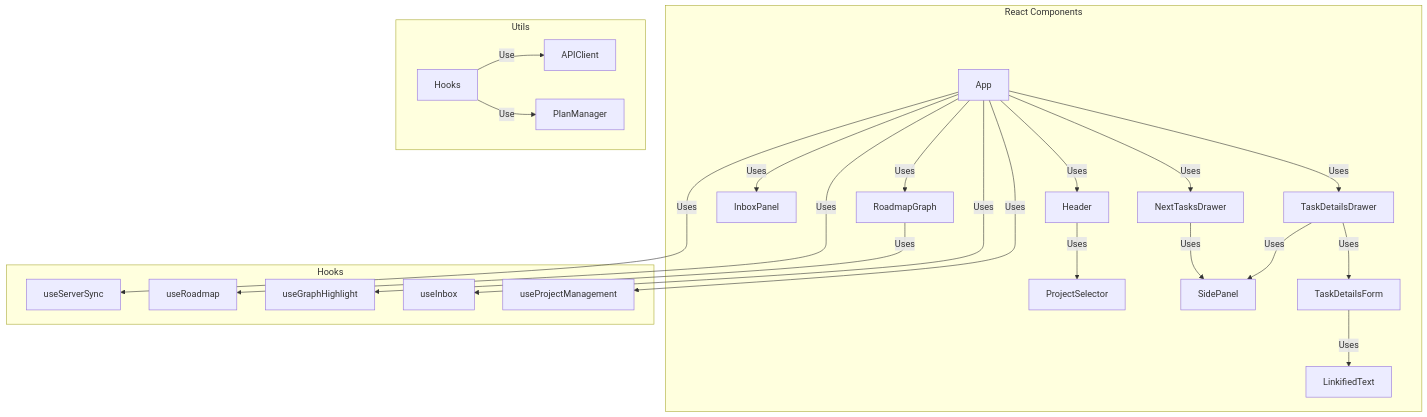
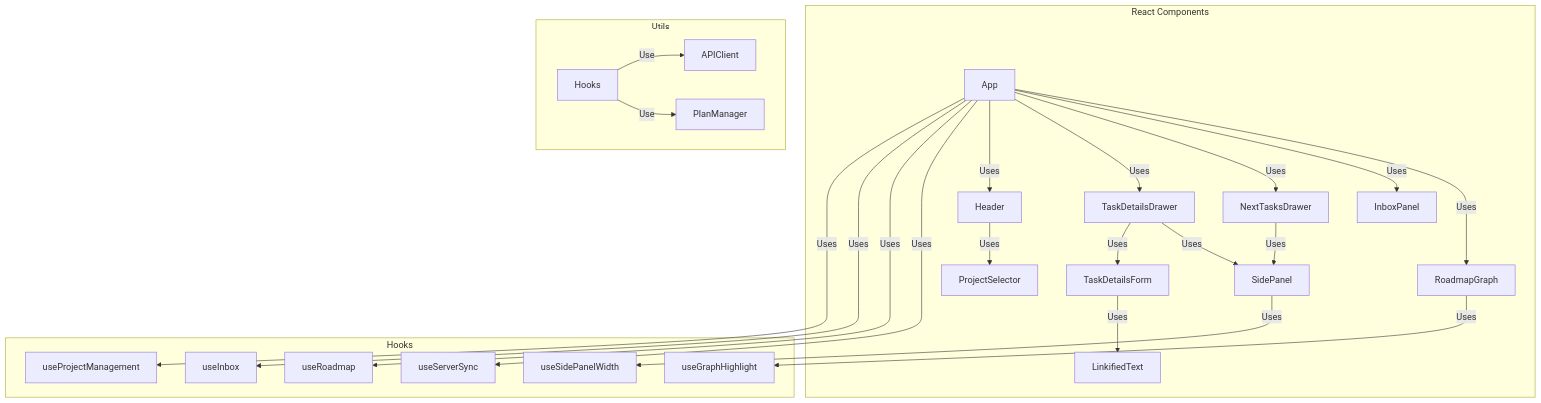
Before and after one commit to tantinlala/blossom-mcp: the diagram in docs/architecture/frontend.md, drawn with Mermaid. The commit also changed other lines of this file and 5 other files, not shown here.

First line of the commit message:
Implement adjustable side panel with resizing functionality (#10)

````diff
--- a/docs/architecture/frontend.md
+++ b/docs/architecture/frontend.md
@@ -3,26 +3,27 @@
 ```mermaid
 graph TD
     subgraph React Components
         App -->|Uses| RoadmapGraph
         App -->|Uses| InboxPanel
         App -->|Uses| NextTasksDrawer
         App -->|Uses| TaskDetailsDrawer
         App -->|Uses| Header
         Header -->|Uses| ProjectSelector
         NextTasksDrawer -->|Uses| SidePanel
         TaskDetailsDrawer -->|Uses| SidePanel
         TaskDetailsDrawer -->|Uses| TaskDetailsForm
         TaskDetailsForm -->|Uses| LinkifiedText
     end
     subgraph Hooks
         App -->|Uses| useServerSync
         App -->|Uses| useRoadmap
         RoadmapGraph -->|Uses| useGraphHighlight
+        SidePanel -->|Uses| useSidePanelWidth
         App -->|Uses| useInbox
         App -->|Uses| useProjectManagement
     end
     subgraph Utils
         Hooks2[Hooks] -->|Use| APIClient
         Hooks2 -->|Use| PlanManager
     end
 ```
````
